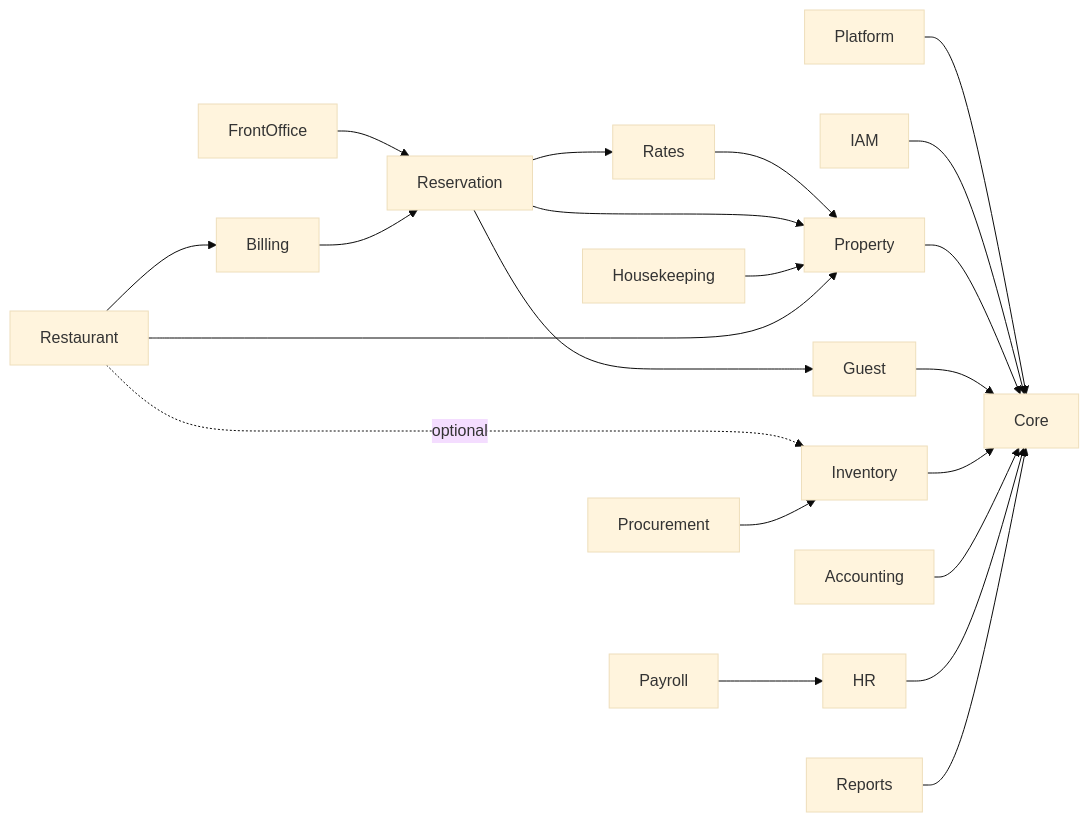
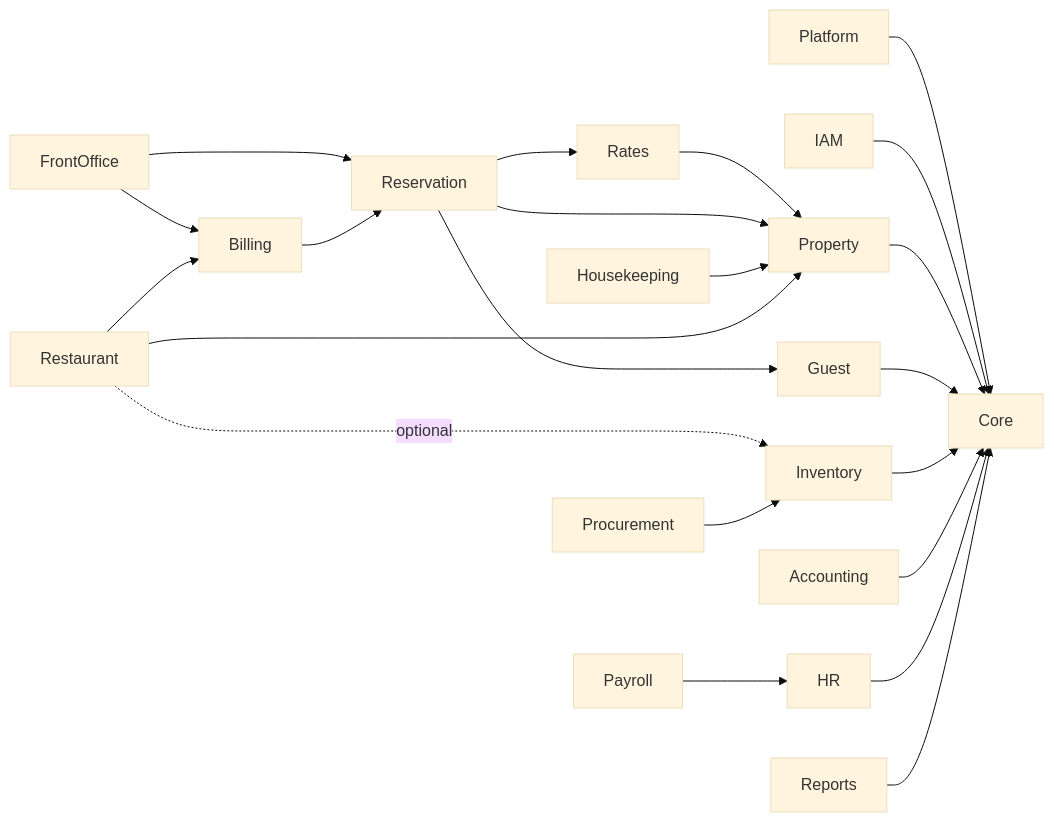
One commit to saidurwd/Resort365 changed the third of 10 diagrams in docs/ARCHITECTURE.md. Above: the diagram before and after it, drawn with Mermaid (base theme). The commit also changed other lines of this file and 84 other files, not shown here.

````diff
--- a/docs/ARCHITECTURE.md
+++ b/docs/ARCHITECTURE.md
@@ -295,24 +295,25 @@
 ```mermaid
 flowchart LR
     Core
     Platform --> Core
     IAM --> Core
     Property --> Core
     Guest --> Core
     Rates --> Property
     Reservation --> Property
     Reservation --> Rates
     Reservation --> Guest
     FrontOffice --> Reservation
+    FrontOffice --> Billing
     Billing --> Reservation
     Housekeeping --> Property
     Restaurant --> Property
     Restaurant --> Billing
     Restaurant -. optional .-> Inventory
     Inventory --> Core
     Procurement --> Inventory
     Accounting --> Core
     HR --> Core
     Payroll --> HR
     Reports --> Core
 ```
````
